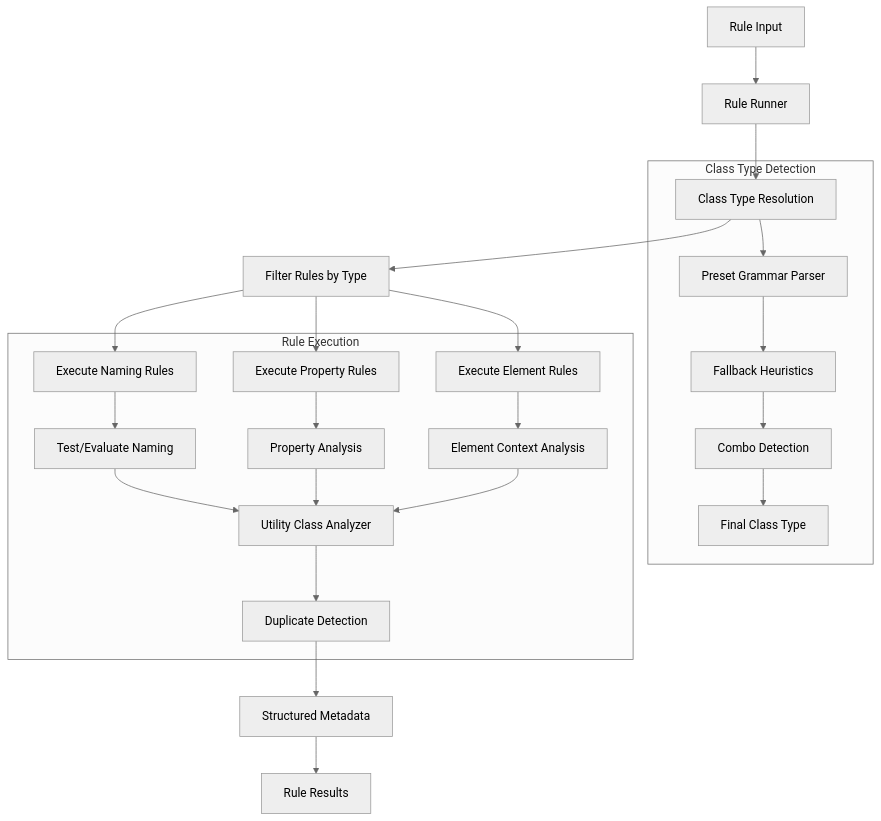
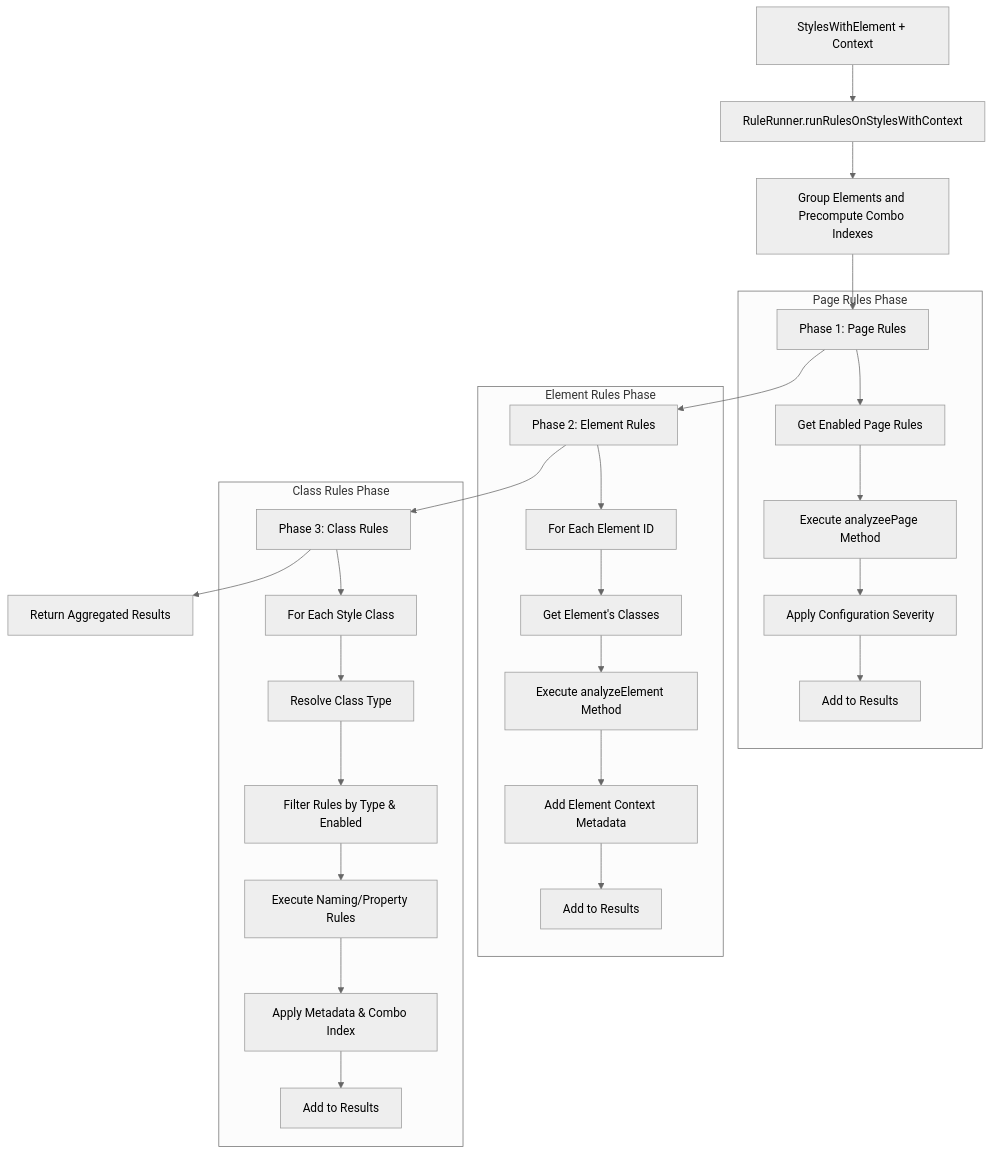
The third of 5 diagrams in src/features/linter/services/README.md (milesroxas/Flint), drawn with Mermaid (neutral theme) before and after one commit. The commit also changed other lines of this file and 93 other files, not shown here.

````diff
--- a/src/features/linter/services/README.md
+++ b/src/features/linter/services/README.md
@@ -221,29 +261,33 @@
 ```mermaid
 flowchart TD
-    A[Rule Input] --> B[Rule Runner]
-    B --> C[Class Type Resolution]
-    C --> D[Filter Rules by Type]
-    D --> E[Execute Naming Rules]
-    D --> F[Execute Property Rules]
-    D --> G[Execute Element Rules]
+    A[StylesWithElement + Context] --> B[RuleRunner.runRulesOnStylesWithContext]
+    B --> C[Group Elements and Precompute Combo Indexes]
+    C --> D[Phase 1: Page Rules]
+    D --> E[Phase 2: Element Rules]
+    E --> F[Phase 3: Class Rules]
+    F --> G[Return Aggregated Results]
 
-    subgraph "Class Type Detection"
-        C --> H[Preset Grammar Parser]
-        H --> I[Fallback Heuristics]
-        I --> J[Combo Detection]
-        J --> K[Final Class Type]
+    subgraph "Page Rules Phase"
+        D --> H[Get Enabled Page Rules]
+        H --> I[Execute analyzeePage Method]
+        I --> J[Apply Configuration Severity]
+        J --> K[Add to Results]
     end
 
-    subgraph "Rule Execution"
-        E --> L[Test/Evaluate Naming]
-        F --> M[Property Analysis]
-        G --> N[Element Context Analysis]
-        L --> O[Utility Class Analyzer]
-        M --> O
-        N --> O
-        O --> P[Duplicate Detection]
+    subgraph "Element Rules Phase"
+        E --> L[For Each Element ID]
+        L --> M[Get Element's Classes]
+        M --> N[Execute analyzeElement Method]
+        N --> O[Add Element Context Metadata]
+        O --> P[Add to Results]
     end
 
-    P --> Q[Structured Metadata]
-    Q --> R[Rule Results]
+    subgraph "Class Rules Phase"
+        F --> Q[For Each Style Class]
+        Q --> R[Resolve Class Type]
+        R --> S[Filter Rules by Type & Enabled]
+        S --> T[Execute Naming/Property Rules]
+        T --> U[Apply Metadata & Combo Index]
+        U --> V[Add to Results]
+    end
 ```
````
